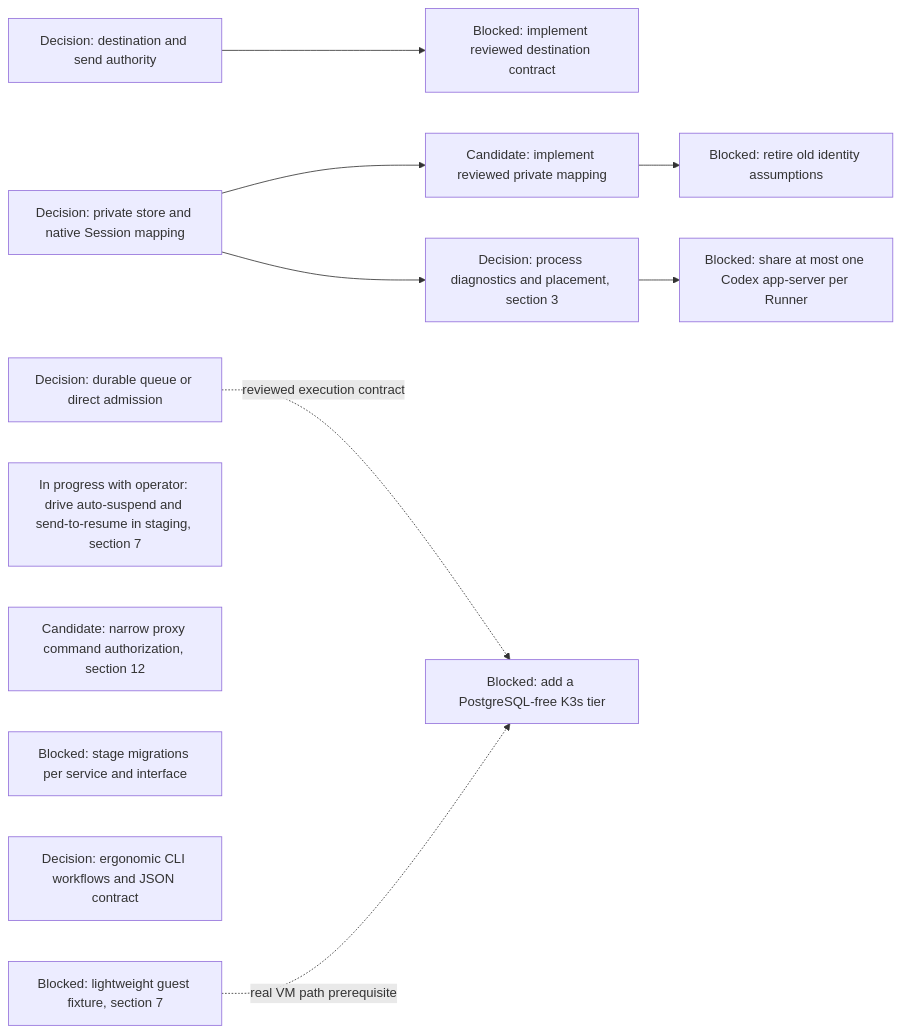
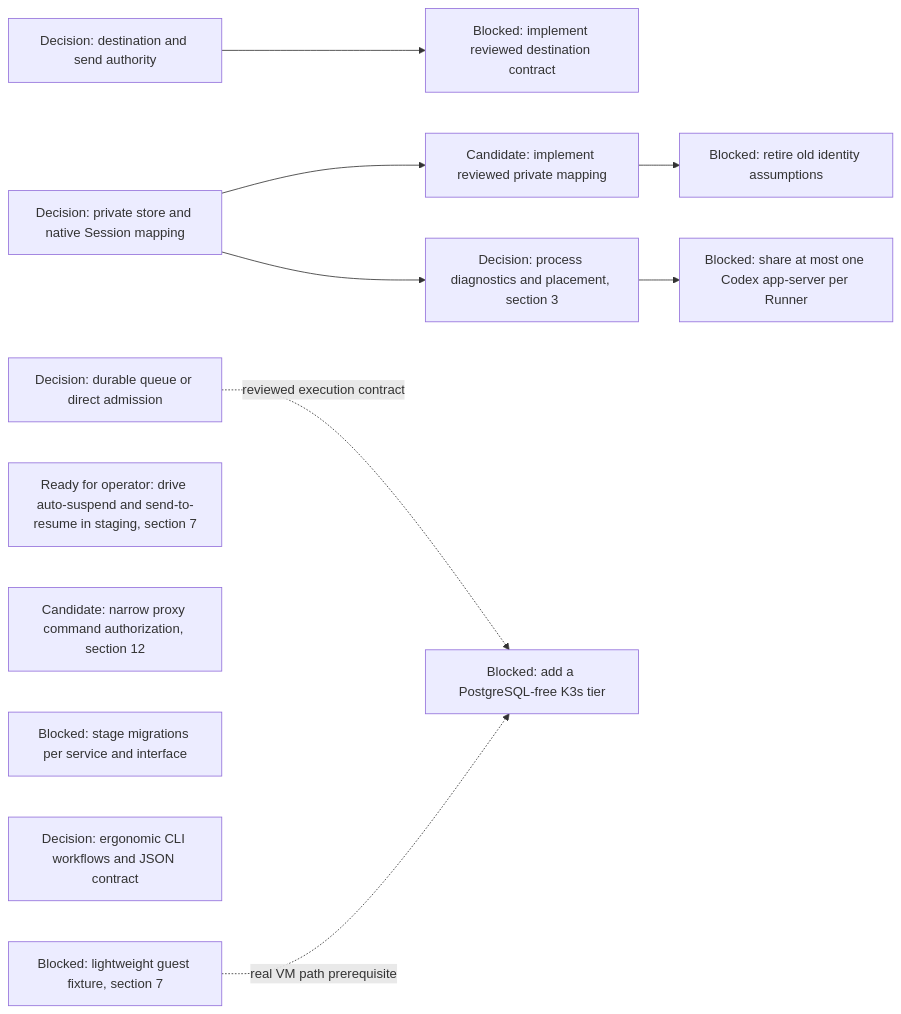
One commit to agentydragon/ducktape changed diagram 16 of 16 in agentplane/plans/task_dag.md. Above: the diagram before and after it, drawn with Mermaid. The commit also changed other lines of this file, not shown here.

````diff
--- a/agentplane/plans/task_dag.md
+++ b/agentplane/plans/task_dag.md
@@ -1727,23 +1725,23 @@
 ```mermaid
 flowchart LR
     DISPATCHER_PERSISTENCE_MODEL_DESIGN[Decision: durable queue or direct admission]
     DELIVERY_DESTINATION_AUTHORITY_DESIGN[Decision: destination and send authority]
     DELIVERY_DESTINATION_CONTRACT[Blocked: implement reviewed destination contract]
     HARNESS_IDENTITY_DESIGN[Decision: private store and native Session mapping]
     RUNNER_STORE_SESSION_IDENTITY[Candidate: implement reviewed private mapping]
     RUNNER_IDENTITY_LEGACY_CLEANUP[Blocked: retire old identity assumptions]
-    IDLE_SUSPEND_UI_DRIVE[In progress with operator: drive auto-suspend and send-to-resume in staging, section 7]
+    IDLE_SUSPEND_UI_DRIVE[Ready for operator: drive auto-suspend and send-to-resume in staging, section 7]
     PROXY_START_METHODS_DISPATCHER_ONLY[Candidate: narrow proxy command authorization, section 12]
     RUNNER_HARNESS_OBJECTS_DESIGN[Decision: process diagnostics and placement, section 3]
     SERVICE_API_TRANSPORT_MIGRATIONS[Blocked: stage migrations per service and interface]
     AGENT_API_TOOLING_DESIGN[Decision: ergonomic CLI workflows and JSON contract]
     CNPG_FREE_K3S_INTEGRATION_TIER[Blocked: add a PostgreSQL-free K3s tier]
     K3S_VM_IMAGE[Blocked: lightweight guest fixture, section 7]
     DELIVERY_DESTINATION_AUTHORITY_DESIGN --> DELIVERY_DESTINATION_CONTRACT
     RUNNER_STORE_SESSION_IDENTITY --> RUNNER_IDENTITY_LEGACY_CLEANUP
     HARNESS_IDENTITY_DESIGN --> RUNNER_STORE_SESSION_IDENTITY
     HARNESS_IDENTITY_DESIGN --> RUNNER_HARNESS_OBJECTS_DESIGN
     RUNNER_HARNESS_OBJECTS_DESIGN --> RUNNER_CODEX_SHARED_PROCESS[Blocked: share at most one Codex app-server per Runner]
     DISPATCHER_PERSISTENCE_MODEL_DESIGN -. reviewed execution contract .-> CNPG_FREE_K3S_INTEGRATION_TIER
     K3S_VM_IMAGE -. real VM path prerequisite .-> CNPG_FREE_K3S_INTEGRATION_TIER
 ```
````
